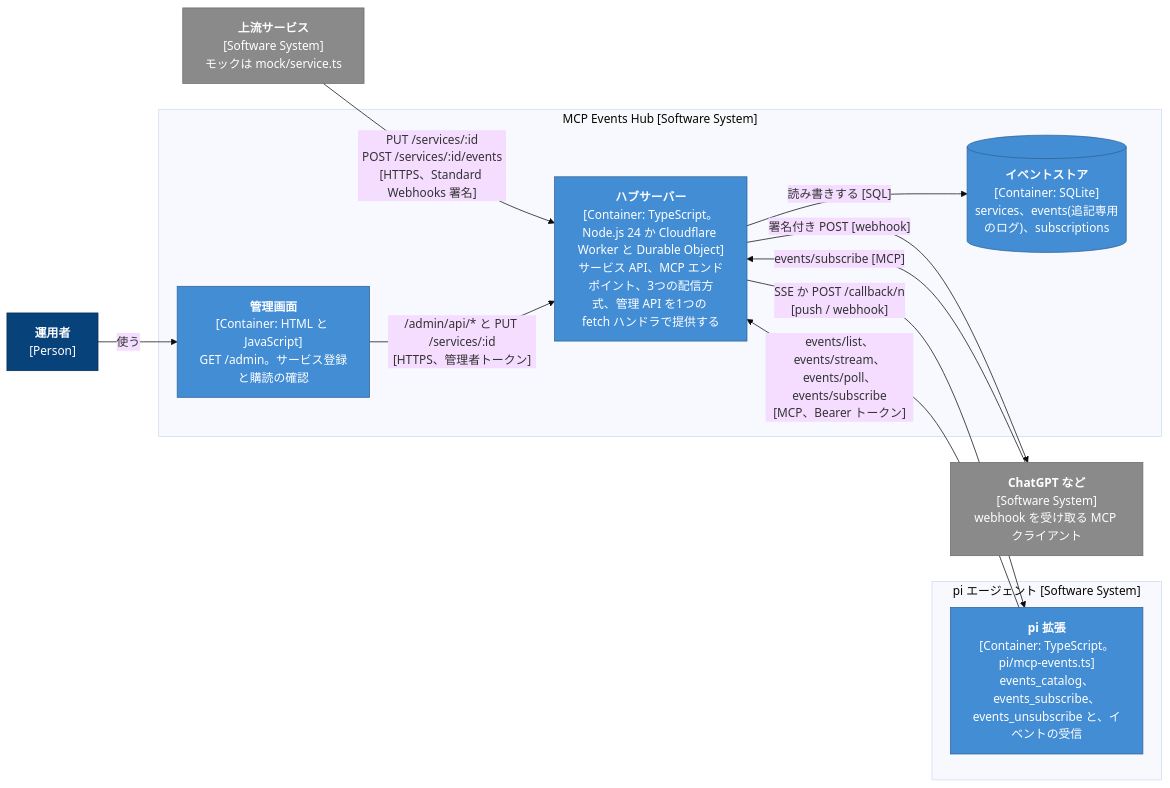
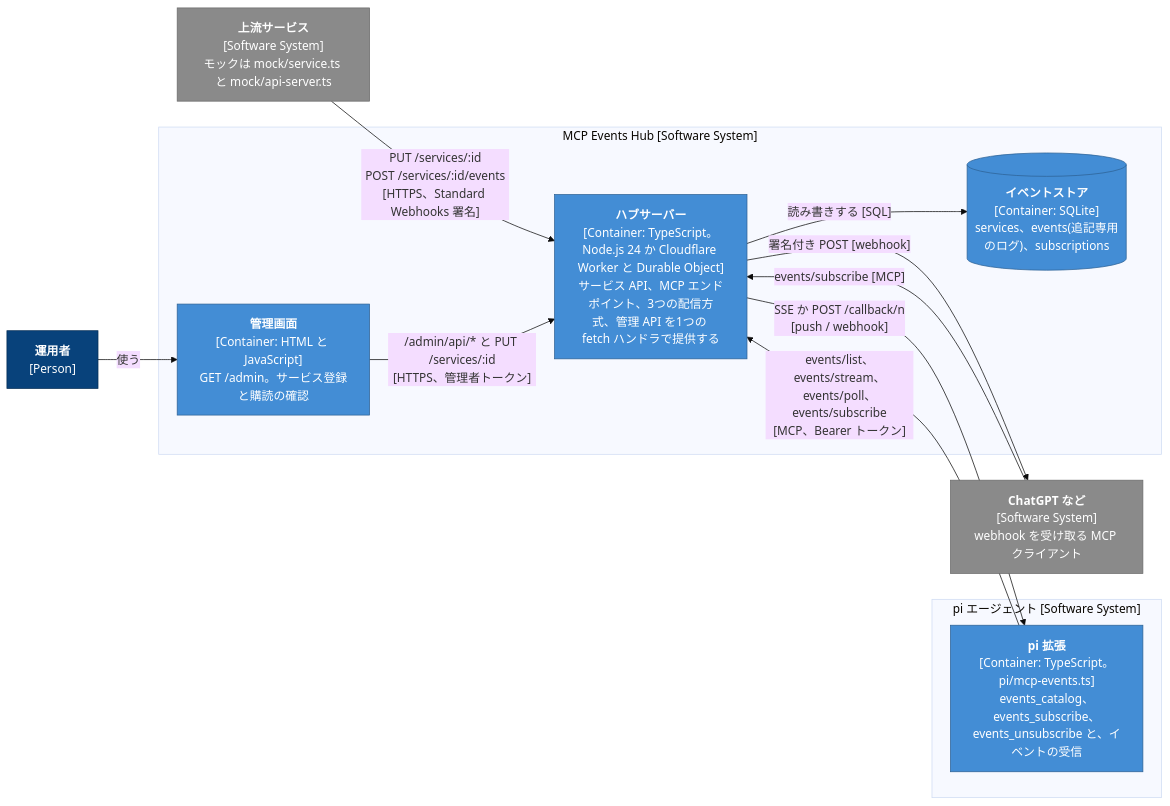
One commit to umaidashi/mcp-events-hub-server changed the second of 4 diagrams in README.md. Above: the diagram before and after it, drawn with Mermaid (base theme). The commit also changed other lines of this file and 4 other files, not shown here.

First line of the commit message:
feat(example): add an API server that reports its errors to the hub

````diff
--- a/README.md
+++ b/README.md
@@ -49,32 +49,32 @@
 ```mermaid
 flowchart LR
   operator["<b>運用者</b><br/>[Person]"]
-  service["<b>上流サービス</b><br/>[Software System]<br/>モックは mock/service.ts"]
+  service["<b>上流サービス</b><br/>[Software System]<br/>モックは mock/service.ts と mock/api-server.ts"]
   chatgpt["<b>ChatGPT など</b><br/>[Software System]<br/>webhook を受け取る MCP クライアント"]
 
   subgraph hubSystem["MCP Events Hub [Software System]"]
     admin["<b>管理画面</b><br/>[Container: HTML と JavaScript]<br/>GET /admin。サービス登録と購読の確認"]
     hubServer["<b>ハブサーバー</b><br/>[Container: TypeScript。Node.js 24 か Cloudflare Worker と Durable Object]<br/>サービス API、MCP エンドポイント、3つの配信方式、管理 API を1つの fetch ハンドラで提供する"]
     store[("<b>イベントストア</b><br/>[Container: SQLite]<br/>services、events(追記専用のログ)、subscriptions")]
   end
 
   subgraph piSystem["pi エージェント [Software System]"]
     piExt["<b>pi 拡張</b><br/>[Container: TypeScript。pi/mcp-events.ts]<br/>events_catalog、events_subscribe、events_unsubscribe と、イベントの受信"]
   end
 
   service -- "PUT /services/:id<br/>POST /services/:id/events<br/>[HTTPS、Standard Webhooks 署名]" --> hubServer
   operator -- "使う" --> admin
   admin -- "/admin/api/* と PUT /services/:id<br/>[HTTPS、管理者トークン]" --> hubServer
   hubServer -- "読み書きする [SQL]" --> store
   piExt -- "events/list、events/stream、<br/>events/poll、events/subscribe<br/>[MCP、Bearer トークン]" --> hubServer
   hubServer -- "SSE か POST /callback/n<br/>[push / webhook]" --> piExt
   chatgpt -- "events/subscribe [MCP]" --> hubServer
   hubServer -- "署名付き POST [webhook]" --> chatgpt
 
   classDef person fill:#08427b,stroke:#052e56,color:#fff
   classDef container fill:#438dd5,stroke:#2e6295,color:#fff
   classDef external fill:#8a8a8a,stroke:#6b6b6b,color:#fff
   class operator person
   class admin,hubServer,store,piExt container
   class service,chatgpt external
 ```
````
